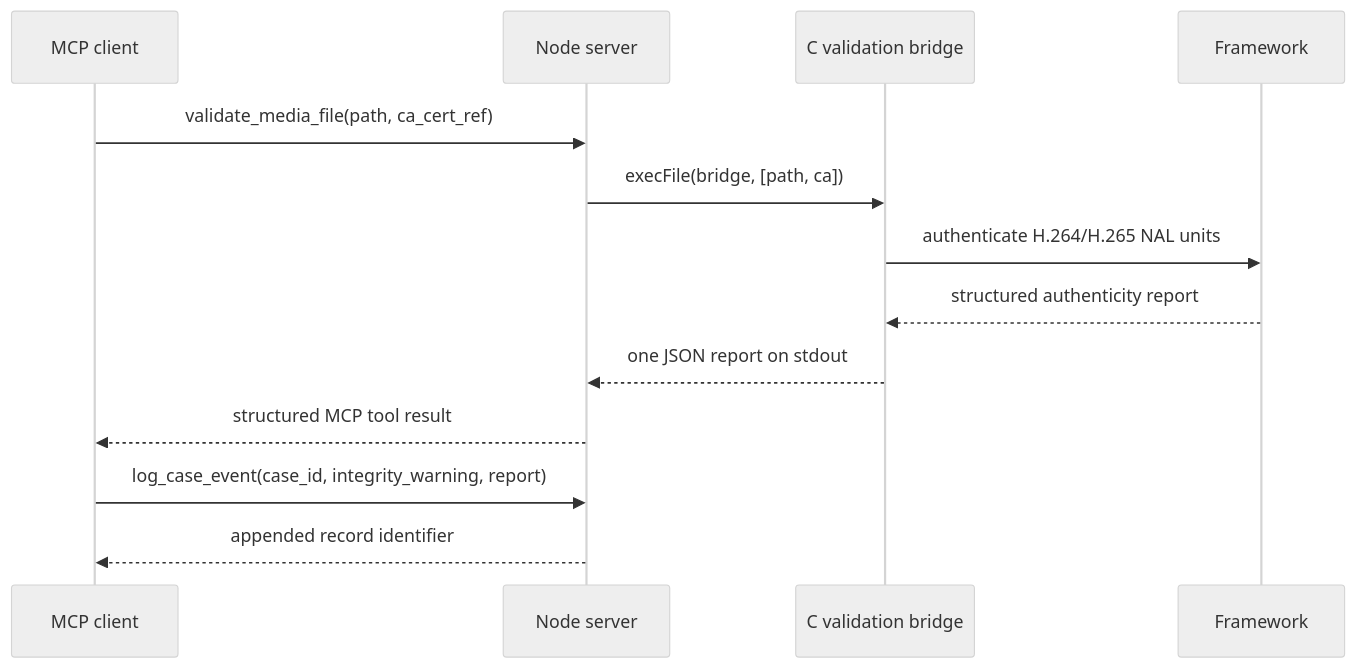
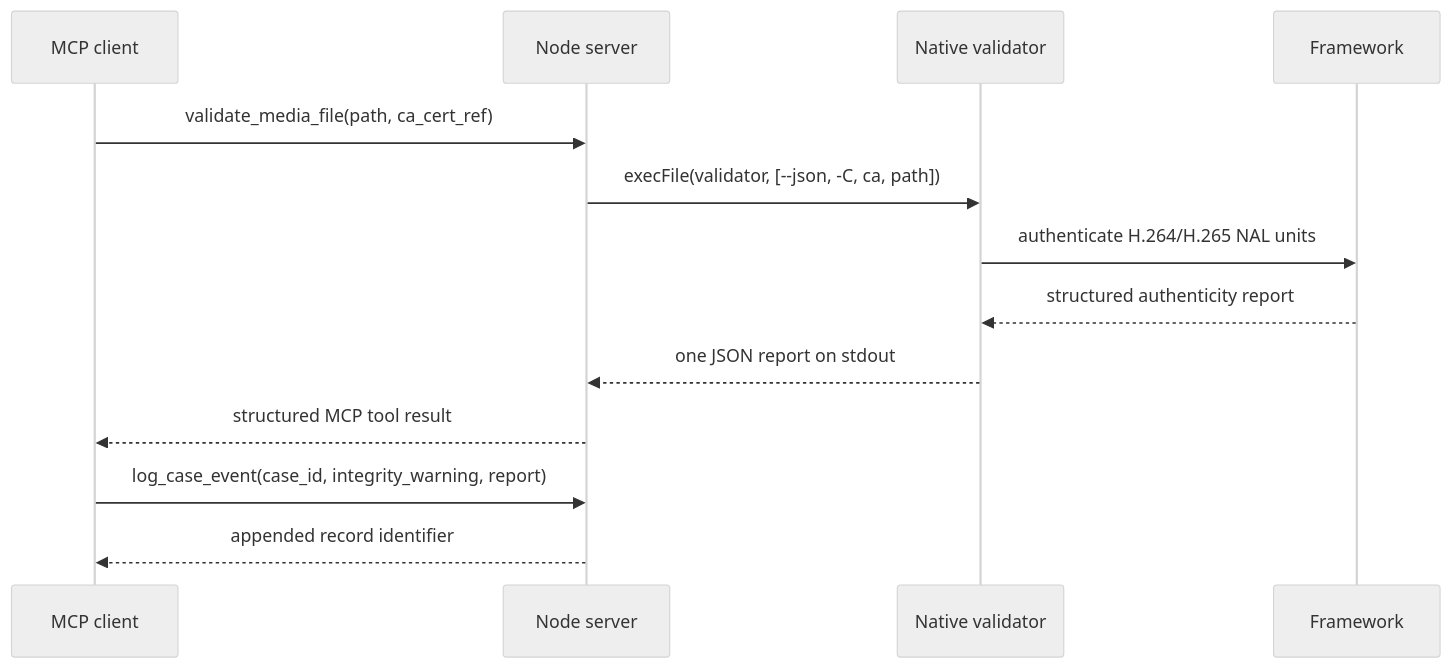
The second of 2 diagrams in examples/mcp/docs/explanation.md (onvif/media-signing-framework), drawn with Mermaid (neutral theme) before and after one commit. The commit also changed other lines of this file and 12 other files, not shown here.

Commit message:
refactor: use native JSON validator in MCP demo

````diff
--- a/examples/mcp/docs/explanation.md
+++ b/examples/mcp/docs/explanation.md
@@ -23,15 +22,15 @@
 ```mermaid
 sequenceDiagram
     participant C as MCP client
     participant S as Node server
-    participant B as C validation bridge
+    participant V as Native validator
     participant F as Framework
     C->>S: validate_media_file(path, ca_cert_ref)
-    S->>B: execFile(bridge, [path, ca])
-    B->>F: authenticate H.264/H.265 NAL units
-    F-->>B: structured authenticity report
-    B-->>S: one JSON report on stdout
+    S->>V: execFile(validator, [--json, -C, ca, path])
+    V->>F: authenticate H.264/H.265 NAL units
+    F-->>V: structured authenticity report
+    V-->>S: one JSON report on stdout
     S-->>C: structured MCP tool result
     C->>S: log_case_event(case_id, integrity_warning, report)
     S-->>C: appended record identifier
 ```
````
